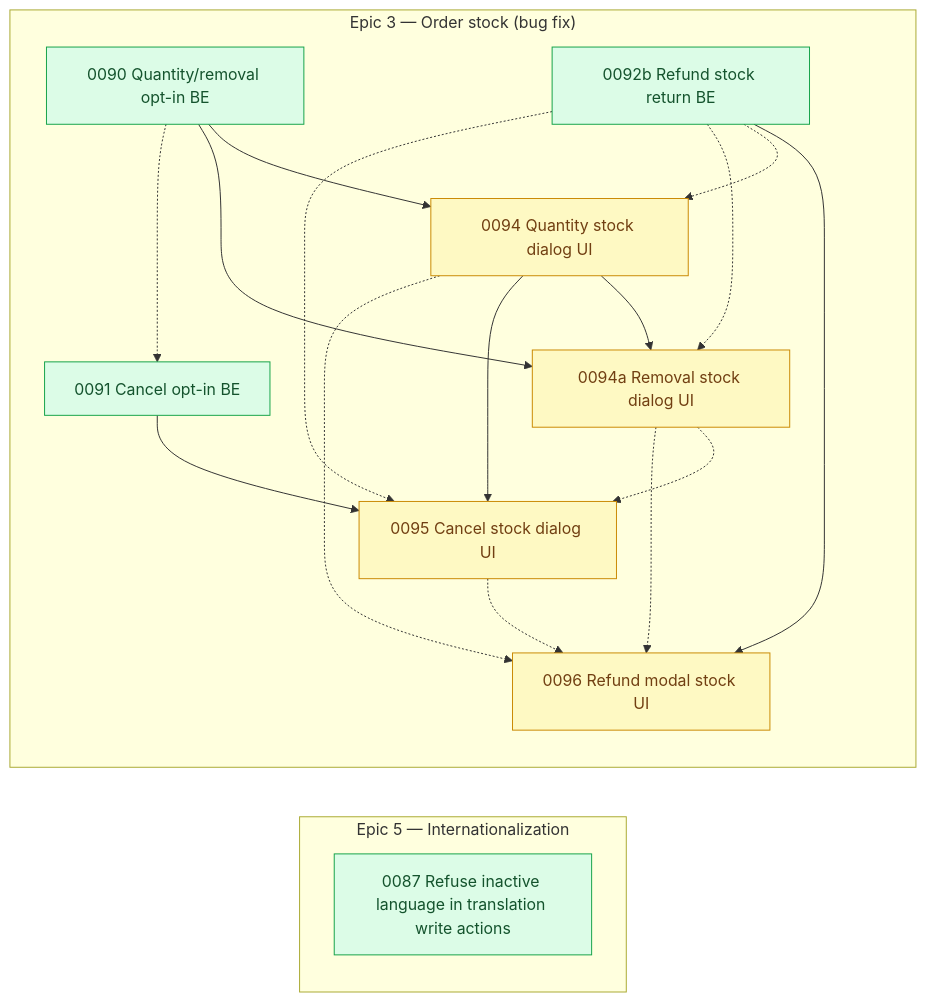
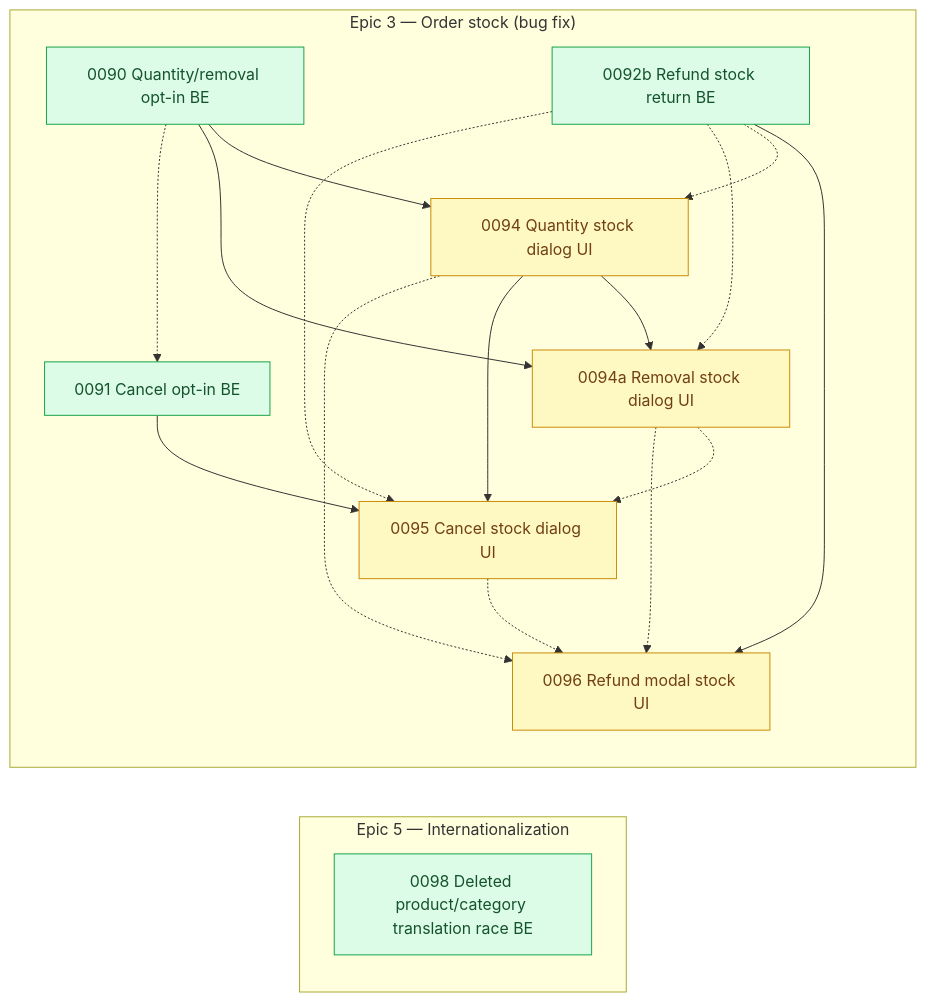
Before and after one commit to shojen/AI4Devs-finalproject: the diagram in arospe/ai-spec/tasks-map.md, drawn with Mermaid. The commit also changed other lines of this file and 9 other files, not shown here.

```diff
--- a/arospe/ai-spec/tasks-map.md
+++ b/arospe/ai-spec/tasks-map.md
@@ -608,8 +616,9 @@
 
     subgraph PEND_I18N["Epic 5 — Internationalization"]
         direction TB
-        P0087["0087 Refuse inactive language in translation write actions"]
+        P0098["0098 Deleted product/category translation race BE"]
     end
+    %% (P0087 closed to done/ 2026-11-13; P0087 --> P0098 dropped, 0098 is now ready.)
 
     subgraph PEND_STOCK["Epic 3 — Order stock (bug fix)"]
         direction TB
@@ -711,7 +720,7 @@
     %% (P0084 --> P0085 dropped: 0084 is done; 0085 is done too.)
     %% (P0083 -.-> P0085 and P0083 --> P0086 dropped: 0083 is done; 0086 is now ready.)
 
-    class P0087 ready;
+    class P0098 ready;
     %% (P0078 closed to done/ 2026-11-08; P0076b closed to done/ 2026-11-10 and no node is `claimed`; P0076b --> P0077 and P0076b -.-> P0087 dropped, 0077 is now ready.)
     %% (P0079 closed to done/ 2026-11-12; P0087 -.-> P0079 dropped, no node is `claimed`.)
     %% (P0075 closed to done/ 2026-10-27; P0073 closed to done/ 2026-10-08; no node remains `claimed`.)
```
